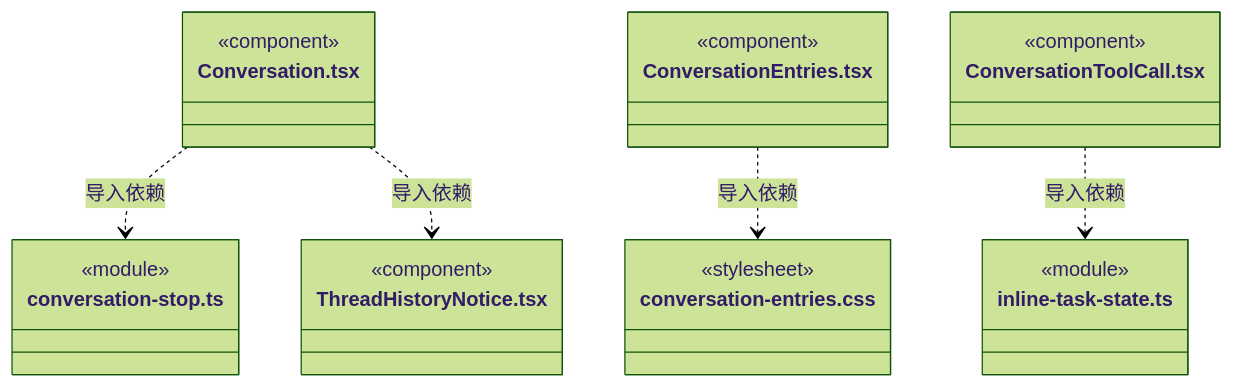
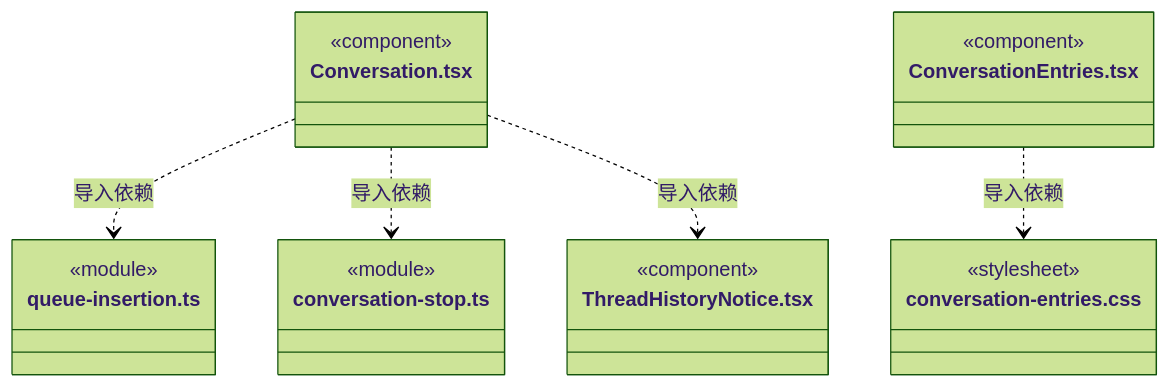
One commit to nan023062/cbim changed diagram 36 of 41 in src/frontend/conversation/ARCHITECTURE.md. Above: the diagram before and after it, drawn with Mermaid (forest theme). The commit also changed other lines of this file and 21 other files, not shown here.

````diff
--- a/src/frontend/conversation/ARCHITECTURE.md
+++ b/src/frontend/conversation/ARCHITECTURE.md
@@ -522,28 +534,25 @@
 ```mermaid
 classDiagram
 class N_src_frontend_conversation_Conversation_tsx["Conversation.tsx"] {
   <<component>>
+}
+class N_src_frontend_conversation_queue_insertion_ts["queue-insertion.ts"] {
+  <<module>>
 }
 class N_src_frontend_conversation_conversation_stop_ts["conversation-stop.ts"] {
   <<module>>
 }
 class N_src_frontend_conversation_ThreadHistoryNotice_tsx["ThreadHistoryNotice.tsx"] {
   <<component>>
 }
 class N_src_frontend_conversation_ConversationEntries_tsx["ConversationEntries.tsx"] {
   <<component>>
 }
 class N_src_frontend_conversation_conversation_entries_css["conversation-entries.css"] {
   <<stylesheet>>
 }
-class N_src_frontend_conversation_ConversationToolCall_tsx["ConversationToolCall.tsx"] {
-  <<component>>
-}
-class N_src_frontend_conversation_inline_task_state_ts["inline-task-state.ts"] {
-  <<module>>
-}
+N_src_frontend_conversation_Conversation_tsx ..> N_src_frontend_conversation_queue_insertion_ts : 导入依赖
 N_src_frontend_conversation_Conversation_tsx ..> N_src_frontend_conversation_conversation_stop_ts : 导入依赖
 N_src_frontend_conversation_Conversation_tsx ..> N_src_frontend_conversation_ThreadHistoryNotice_tsx : 导入依赖
 N_src_frontend_conversation_ConversationEntries_tsx ..> N_src_frontend_conversation_conversation_entries_css : 导入依赖
-N_src_frontend_conversation_ConversationToolCall_tsx ..> N_src_frontend_conversation_inline_task_state_ts : 导入依赖
 ```
````
